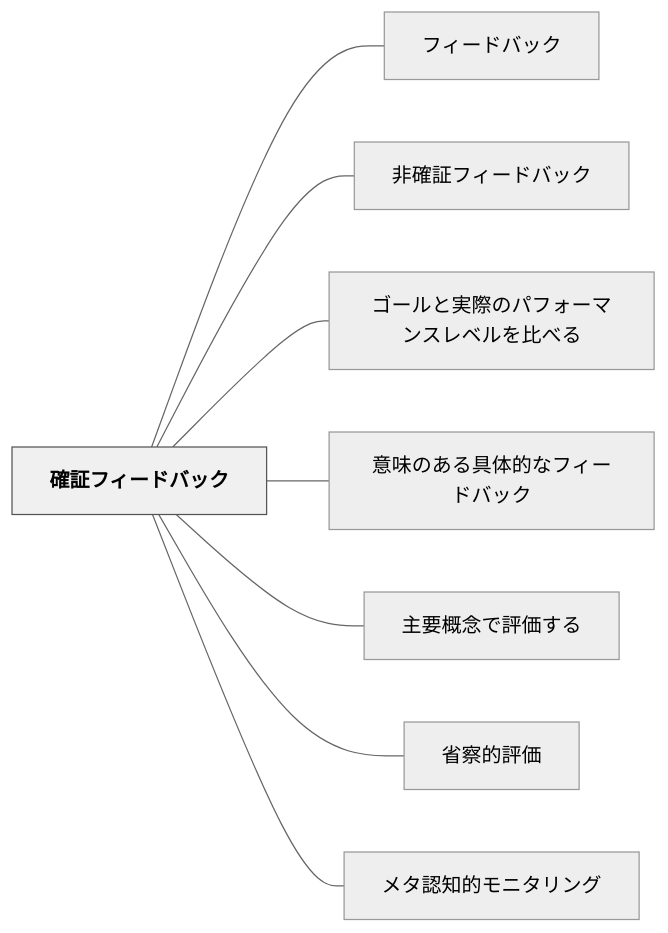
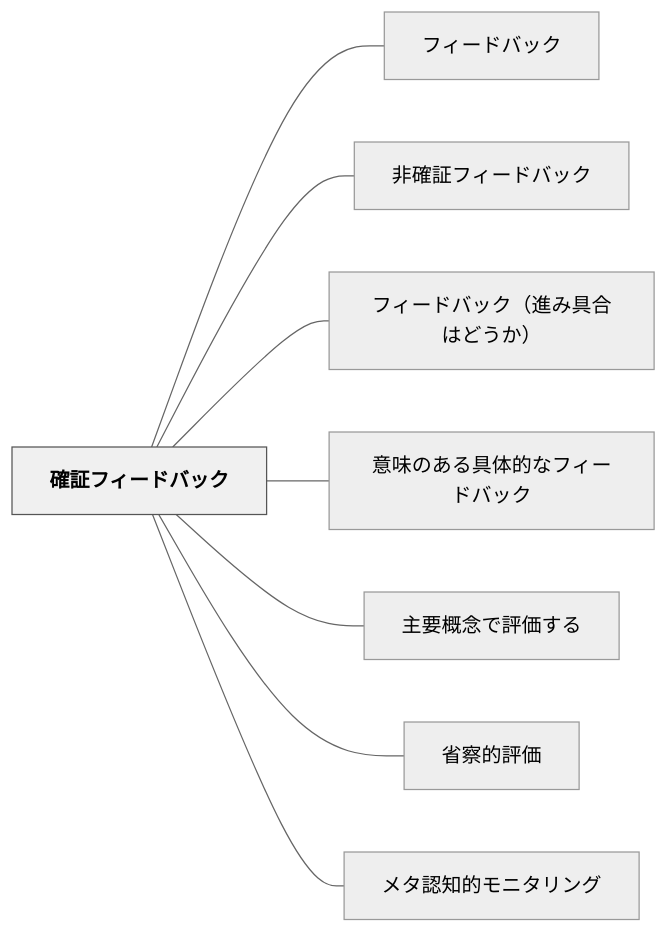
Before and after one commit to unknownthings-ed-patterns/unknownthings-ed-patterns: the diagram in content/パタン/確証フィードバック.md, drawn with Mermaid (neutral theme). The commit also changed other lines of this file and 5 other files, not shown here.

````diff
--- a/content/パタン/確証フィードバック.md
+++ b/content/パタン/確証フィードバック.md
@@ -55,22 +55,22 @@
 ```mermaid
 flowchart LR
     ne7a2bae8a8bce38395e382a3e383bce38389e38390e38383e382af["確証フィードバック"]
     ne38395e382a3e383bce38389e38390e38383e382af["フィードバック"]
     ne99d9ee7a2bae8a8bce38395e382a3e383bce38389e38390e38383e382af["非確証フィードバック"]
-    ne382b4e383bce383abe381a8e5ae9fe99a9be381aee38391e38395e382a9e383bce3839ee383b3e382b9e383ace38399e383abe38292e6af94e381b9e3828b["ゴールと実際のパフォーマンスレベルを比べる"]
+    ne38395e382a3e383bce38389e38390e38383e382afefbc88e980b2e381bfe585b7e59088e381afe381a9e38186e3818befbc89["フィードバック（進み具合はどうか）"]
     ne6848fe591b3e381aee38182e3828be585b7e4bd93e79a84e381aae38395e382a3e383bce38389e38390e38383e382af["意味のある具体的なフィードバック"]
     ne4b8bbe8a681e6a682e5bfb5e381a7e8a995e4bea1e38199e3828b["主要概念で評価する"]
     ne79c81e5af9fe79a84e8a995e4bea1["省察的評価"]
     ne383a1e382bfe8aa8de79fa5e79a84e383a2e3838be382bfe383aae383b3e382b0["メタ認知的モニタリング"]
 
     ne7a2bae8a8bce38395e382a3e383bce38389e38390e38383e382af --- ne38395e382a3e383bce38389e38390e38383e382af
     ne7a2bae8a8bce38395e382a3e383bce38389e38390e38383e382af --- ne99d9ee7a2bae8a8bce38395e382a3e383bce38389e38390e38383e382af
-    ne7a2bae8a8bce38395e382a3e383bce38389e38390e38383e382af --- ne382b4e383bce383abe381a8e5ae9fe99a9be381aee38391e38395e382a9e383bce3839ee383b3e382b9e383ace38399e383abe38292e6af94e381b9e3828b
+    ne7a2bae8a8bce38395e382a3e383bce38389e38390e38383e382af --- ne38395e382a3e383bce38389e38390e38383e382afefbc88e980b2e381bfe585b7e59088e381afe381a9e38186e3818befbc89
     ne7a2bae8a8bce38395e382a3e383bce38389e38390e38383e382af --- ne6848fe591b3e381aee38182e3828be585b7e4bd93e79a84e381aae38395e382a3e383bce38389e38390e38383e382af
     ne7a2bae8a8bce38395e382a3e383bce38389e38390e38383e382af --- ne4b8bbe8a681e6a682e5bfb5e381a7e8a995e4bea1e38199e3828b
     ne7a2bae8a8bce38395e382a3e383bce38389e38390e38383e382af --- ne79c81e5af9fe79a84e8a995e4bea1
     ne7a2bae8a8bce38395e382a3e383bce38389e38390e38383e382af --- ne383a1e382bfe8aa8de79fa5e79a84e383a2e3838be382bfe383aae383b3e382b0
 
     classDef hub fill:#f0f0f0,stroke:#555,color:#000,font-weight:bold
     class ne7a2bae8a8bce38395e382a3e383bce38389e38390e38383e382af hub
 ```
````
